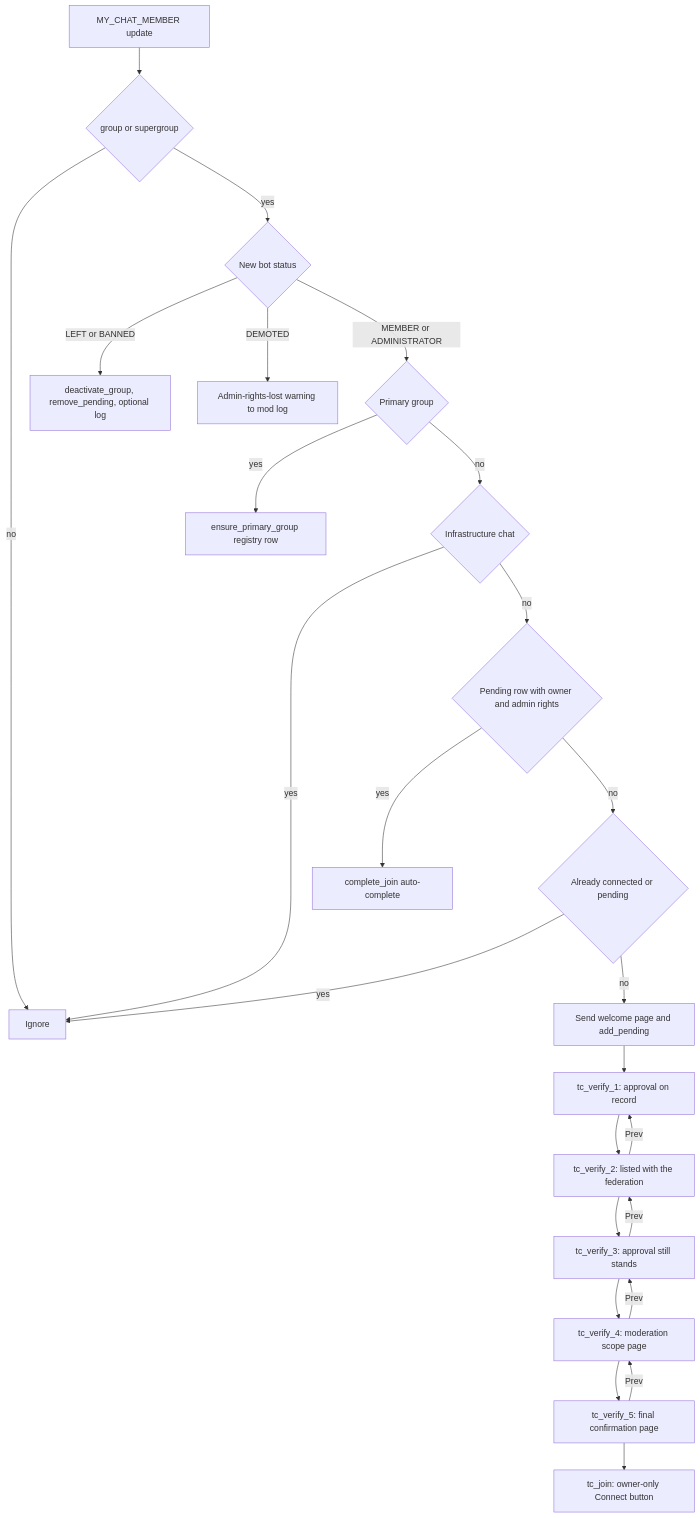
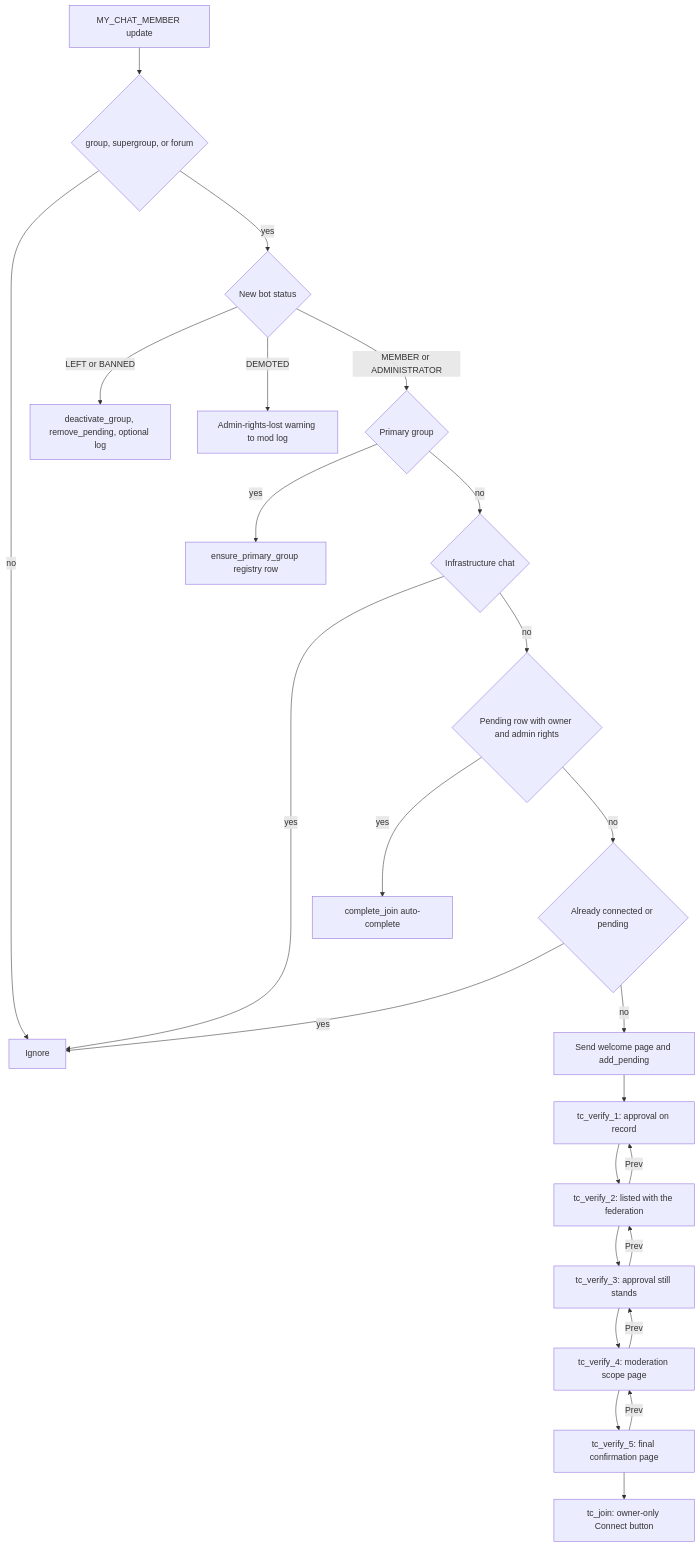
Before and after one commit to D1ZZY4/tcbot: the second of 5 diagrams in docs/flows/connection.md, drawn with Mermaid. The commit also changed other lines of this file and 7 other files, not shown here.

First line of the commit message:
docs: sync setup, schema, and flow guides

````diff
--- a/docs/flows/connection.md
+++ b/docs/flows/connection.md
@@ -60,27 +60,27 @@
 ```mermaid
 flowchart TD
-    E[MY_CHAT_MEMBER update] --> TYPE{group or supergroup}
+    E[MY_CHAT_MEMBER update] --> TYPE{group, supergroup, or forum}
     TYPE -->|no| IGNORE[Ignore]
     TYPE -->|yes| ST{New bot status}
     ST -->|LEFT or BANNED| DEACT[deactivate_group, remove_pending, optional log]
     ST -->|DEMOTED| WARN[Admin-rights-lost warning to mod log]
     ST -->|MEMBER or ADMINISTRATOR| PRIM{Primary group}
     PRIM -->|yes| ENSURE[ensure_primary_group registry row]
     PRIM -->|no| INFRA{Infrastructure chat}
     INFRA -->|yes| IGNORE
     INFRA -->|no| PENDING{Pending row with owner and admin rights}
     PENDING -->|yes| AUTO[complete_join auto-complete]
     PENDING -->|no| DUP{Already connected or pending}
     DUP -->|yes| IGNORE
     DUP -->|no| PROMPT[Send welcome page and add_pending]
     PROMPT --> V1["tc_verify_1: approval on record"]
     V1 --> V2["tc_verify_2: listed with the federation"]
     V2 --> V3["tc_verify_3: approval still stands"]
     V3 --> SCOPE["tc_verify_4: moderation scope page"]
     SCOPE --> FINAL["tc_verify_5: final confirmation page"]
     FINAL --> CONNECT["tc_join: owner-only Connect button"]
     V2 -->|Prev| V1
     V3 -->|Prev| V2
     SCOPE -->|Prev| V3
     FINAL -->|Prev| SCOPE
 ```
````
